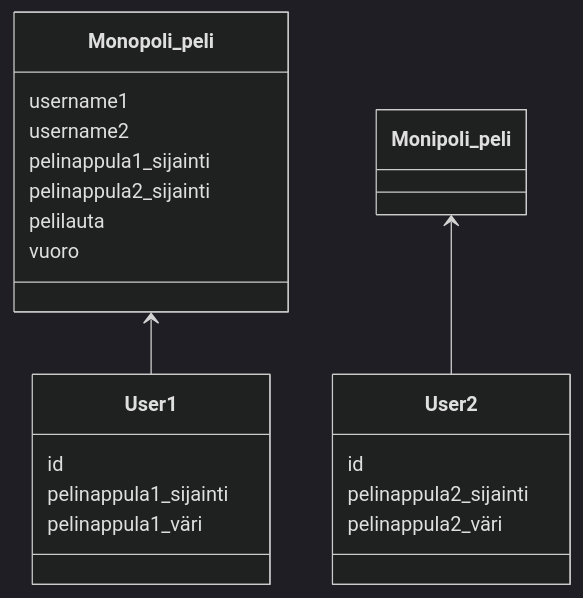
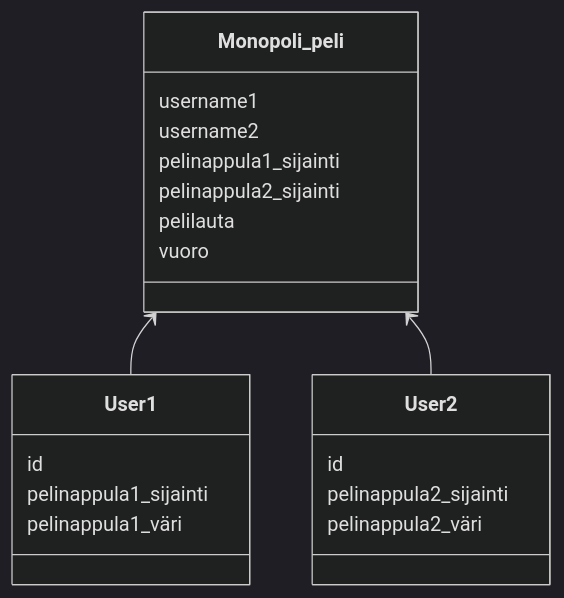
Before and after one commit to ds20220914/ohjelmistotekniikka: the diagram in laskarit/viikko3/monopoli.md, drawn with Mermaid (dark theme).

Commit message:
uusi kaavio

````diff
--- a/laskarit/viikko3/monopoli.md
+++ b/laskarit/viikko3/monopoli.md
@@ -1,26 +1,26 @@
 ```mermaid
  classDiagram
       Monopoli_peli <-- User1
-      Monipoli_peli <-- User2
+      Monopoli_peli <-- User2
       class Monopoli_peli{
           username1
           username2
           pelinappula1_sijainti
           pelinappula2_sijainti
           pelilauta
           vuoro
       }
       class User1{
           id
           pelinappula1_sijainti
           pelinappula1_väri
 	  
       }
       class User2{
           id
           pelinappula2_sijainti
           pelinappula2_väri
             
       }
 
 ```
````
